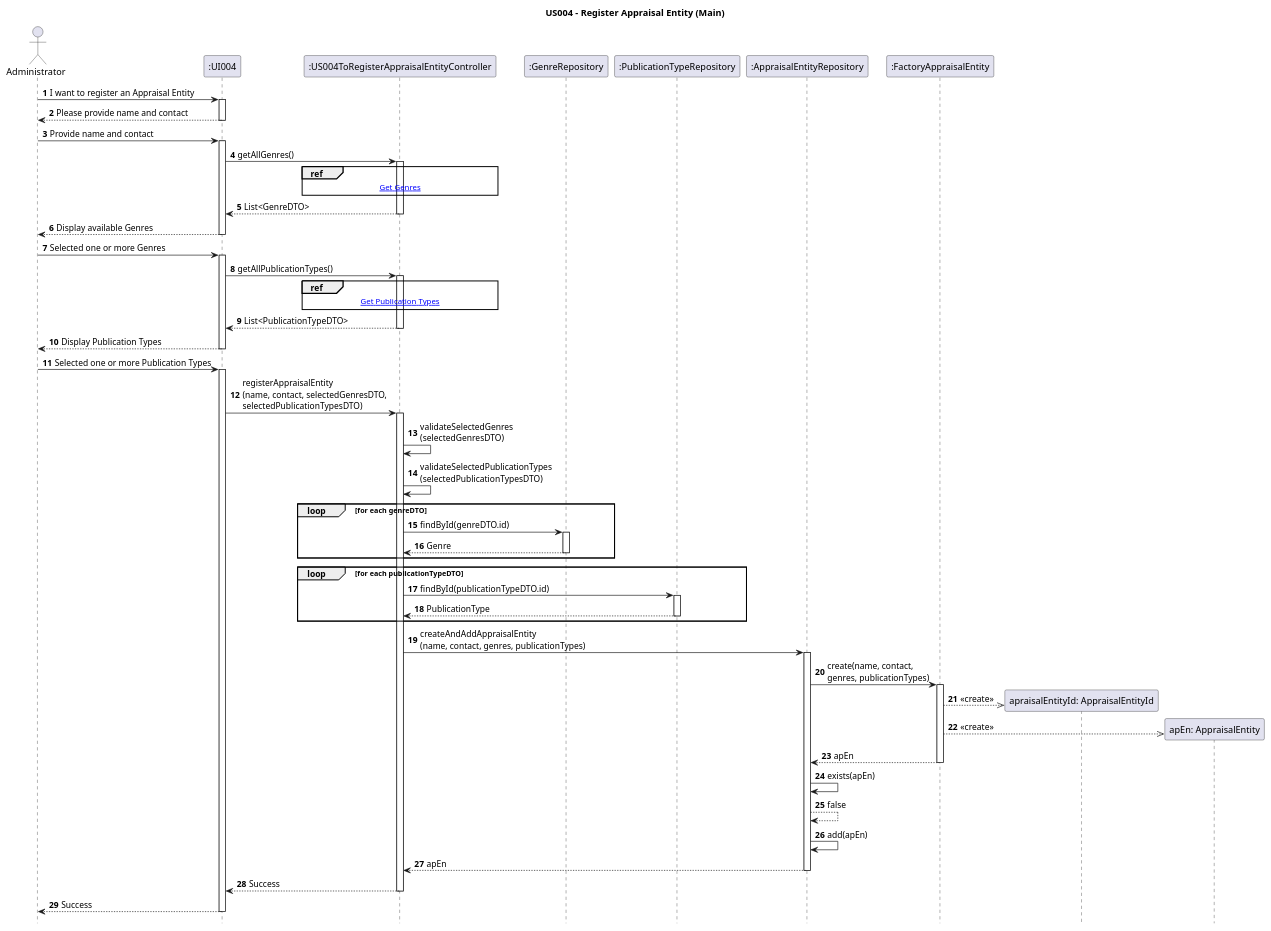
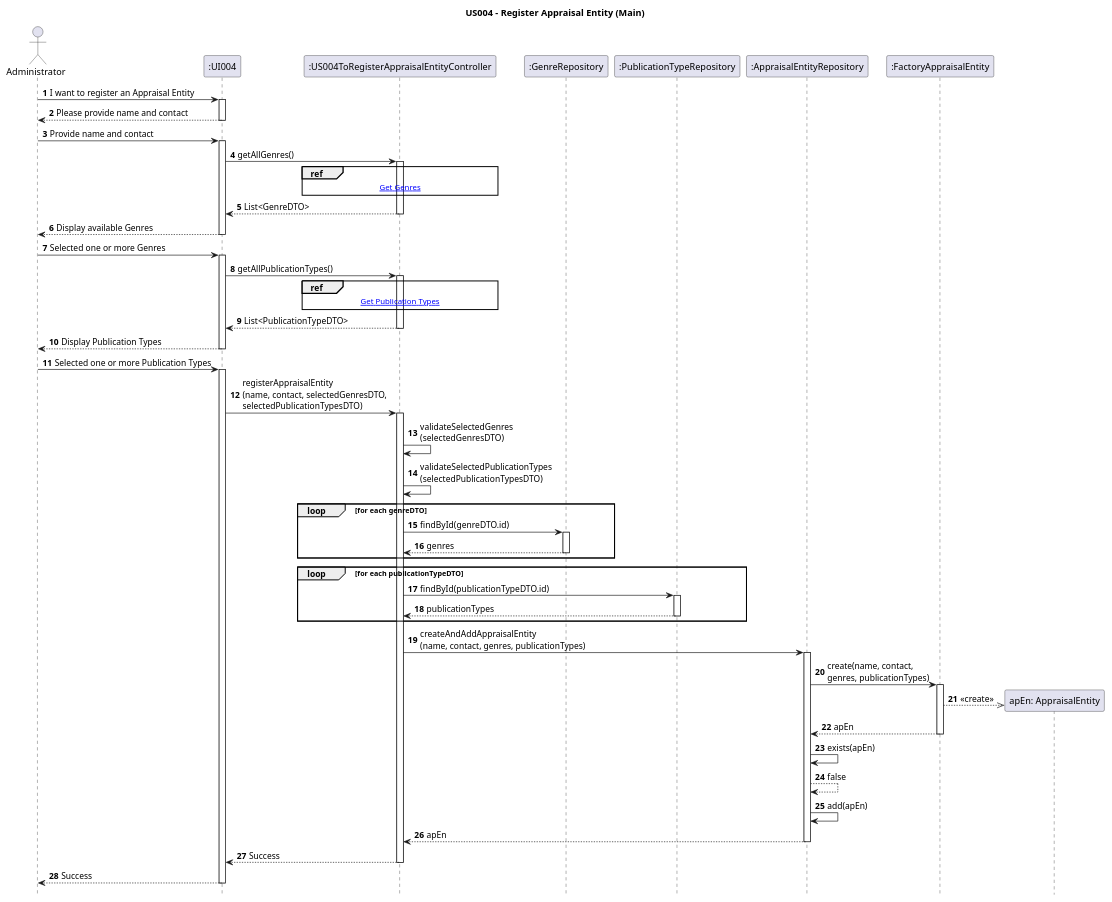
One commit to AndrePereiraGitH/SWitCH-Project-Team_A changed the diagram in Diagrams/SequenceDiagrams/N2/US004-to-register-an-Appraisal-Entity/1.MainDiagram.puml. Above: the diagram before and after it, drawn with PlantUML. The commit also changed 4 other files, not shown here.

Commit message:
refactor #431: restructure diagrams and apply DDD

```diff
--- a/Diagrams/SequenceDiagrams/N2/US004-to-register-an-Appraisal-Entity/1.MainDiagram.puml
+++ b/Diagrams/SequenceDiagrams/N2/US004-to-register-an-Appraisal-Entity/1.MainDiagram.puml
@@ -1,113 +1,111 @@
 @startuml
 
 hide footbox
 autonumber
 title US004 - Register Appraisal Entity (Main)
 
 actor Administrator
 participant ":UI004" as UI
 participant ":US004ToRegisterAppraisalEntityController" as Controller
 participant ":GenreRepository" as GenreRepo
 participant ":PublicationTypeRepository" as PublicationTypeRepo
 participant ":AppraisalEntityRepository" as AppraisalRepo
 participant ":FactoryAppraisalEntity" as FactoryAppraisalEntity
 
 ' --- Start ---
 Administrator -> UI : I want to register an Appraisal Entity
 activate UI
 
 UI --> Administrator : Please provide name and contact
 deactivate UI
 
 Administrator -> UI : Provide name and contact
 activate UI
 
 ' =========================
 ' Get Genres (reference)
 ' =========================
 UI -> Controller : getAllGenres()
 activate Controller
 
 ref over Controller
 [[2.GetGenres.puml Get Genres]]
 end ref
 
 Controller --> UI : List<GenreDTO>
 deactivate Controller
 
 UI --> Administrator : Display available Genres
 deactivate UI
 
 Administrator -> UI : Selected one or more Genres
 activate UI
 
 ' =========================
 ' Get Publication Types (reference)
 ' =========================
 UI -> Controller : getAllPublicationTypes()
 activate Controller
 
 ref over Controller
 [[3.GetPublicationTypes.puml Get Publication Types]]
 end ref
 
 Controller --> UI : List<PublicationTypeDTO>
 deactivate Controller
 
 UI --> Administrator : Display Publication Types
 deactivate UI
 
 Administrator -> UI : Selected one or more Publication Types
 activate UI
 
 ' =========================
 ' Register Appraisal Entity (FULL)
 ' =========================
 UI -> Controller : registerAppraisalEntity\n(name, contact, selectedGenresDTO, \nselectedPublicationTypesDTO)
 activate Controller
 
 Controller -> Controller : validateSelectedGenres\n(selectedGenresDTO)
 Controller -> Controller : validateSelectedPublicationTypes\n(selectedPublicationTypesDTO)
 
 loop for each genreDTO
     Controller -> GenreRepo : findById(genreDTO.id)
     activate GenreRepo
-    GenreRepo --> Controller : Genre
+    GenreRepo --> Controller : genres
     deactivate GenreRepo
 end
 
 loop for each publicationTypeDTO
     Controller -> PublicationTypeRepo : findById(publicationTypeDTO.id)
     activate PublicationTypeRepo
-    PublicationTypeRepo --> Controller : PublicationType
+    PublicationTypeRepo --> Controller : publicationTypes
     deactivate PublicationTypeRepo
 end
 
 Controller -> AppraisalRepo : createAndAddAppraisalEntity\n(name, contact, genres, publicationTypes)
 activate AppraisalRepo
 
 AppraisalRepo -> FactoryAppraisalEntity : create(name, contact, \ngenres, publicationTypes)
 activate FactoryAppraisalEntity
 
-participant "apraisalEntityId: AppraisalEntityId" as AppraisalId
-FactoryAppraisalEntity -->> AppraisalId ** : <<create>>
 participant "apEn: AppraisalEntity" as AppraisalEntity
 FactoryAppraisalEntity -->> AppraisalEntity ** : <<create>>
 
 FactoryAppraisalEntity --> AppraisalRepo : apEn
 deactivate FactoryAppraisalEntity
 
 AppraisalRepo -> AppraisalRepo : exists(apEn)
 AppraisalRepo --> AppraisalRepo : false
 AppraisalRepo -> AppraisalRepo : add(apEn)
 
 AppraisalRepo --> Controller : apEn
 deactivate AppraisalRepo
 
 Controller --> UI : Success
 deactivate Controller
 
 UI --> Administrator : Success
 deactivate UI
 
 @enduml
```
